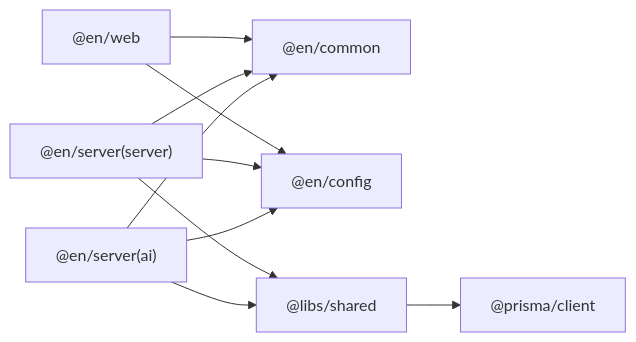
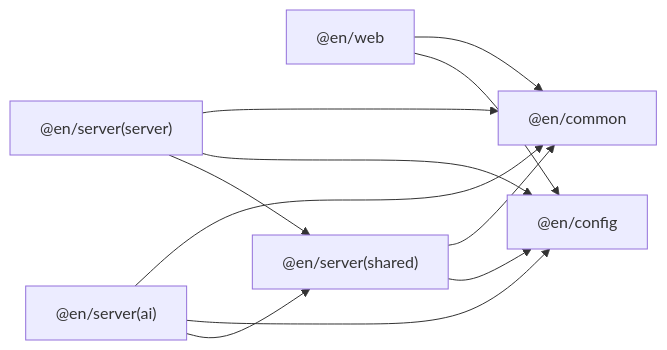
The sixth of 6 diagrams in .qoder/repowiki/zh/content/架构设计/Monorepo架构设计.md (LihaoZDB/English-Study), drawn with Mermaid before and after one commit. The commit also changed other lines of this file and 6 other files, not shown here.

````diff
--- a/.qoder/repowiki/zh/content/架构设计/Monorepo架构设计.md
+++ b/.qoder/repowiki/zh/content/架构设计/Monorepo架构设计.md
@@ -255,12 +202,13 @@
 ```mermaid
 graph LR
 Web["@en/web"] --> Common["@en/common"]
 Web --> Config["@en/config"]
 Srv["@en/server(server)"] --> Common
 Srv --> Config
 Ai["@en/server(ai)"] --> Common
 Ai --> Config
-Srv --> Shared["@libs/shared"]
+Srv --> Shared["@en/server(shared)"]
 Ai --> Shared
-Shared --> Prisma["@prisma/client"]
+Shared --> Common
+Shared --> Config
 ```
````
